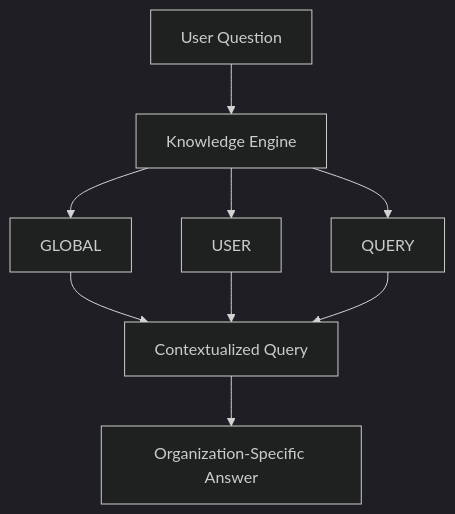
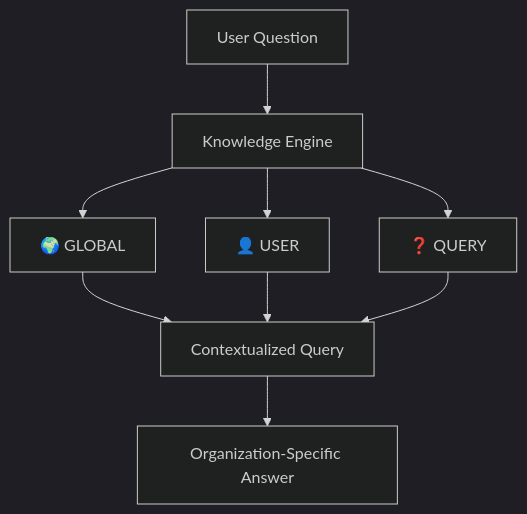
One commit to ashishsuperatom/tech-docs changed the first of 6 diagrams in ip/tribal-knowledge.mdx. Above: the diagram before and after it, drawn with Mermaid (dark theme). The commit also changed 3 other files, not shown here.

First line of the commit message:
Restore emojis inside mermaid diagram node labels

````diff
--- a/ip/tribal-knowledge.mdx
+++ b/ip/tribal-knowledge.mdx
@@ -37,8 +37,8 @@
 ```mermaid
 flowchart TD
     QUERY["User Question"] --> ENGINE["Knowledge Engine"]
-    ENGINE --> L1["GLOBAL"] & L2["USER"] & L3["QUERY"]
+    ENGINE --> L1["🌍 GLOBAL"] & L2["👤 USER"] & L3["❓ QUERY"]
     L1 & L2 & L3 --> CONTEXT["Contextualized Query"]
     CONTEXT --> ANSWER["Organization-Specific Answer"]
 
 ```
````
